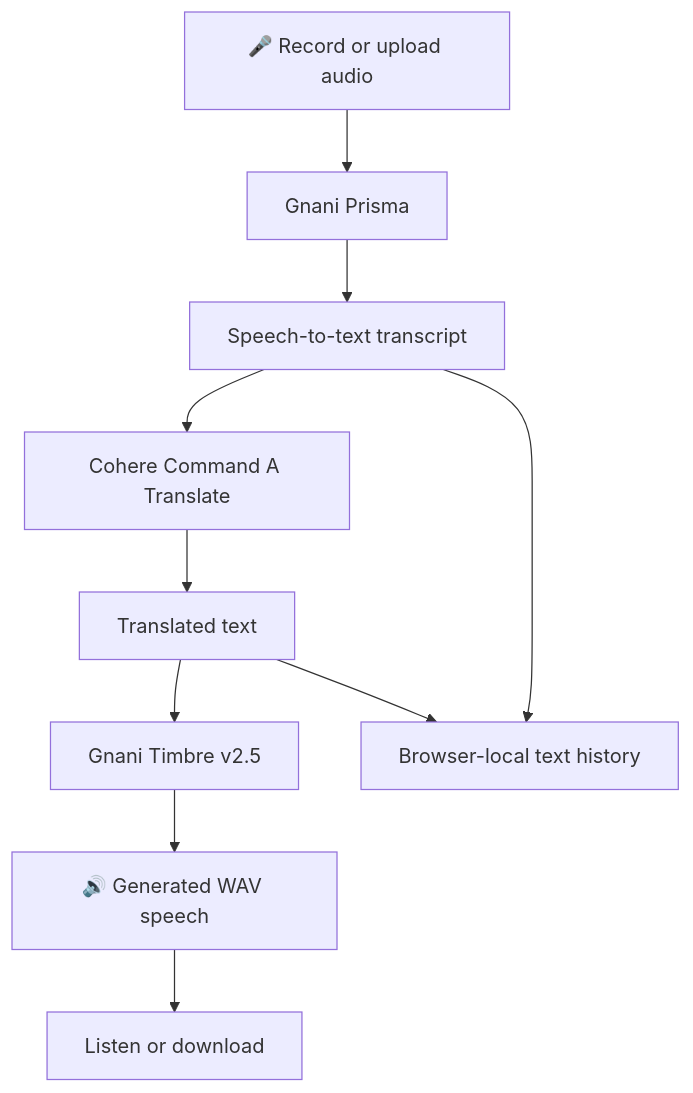
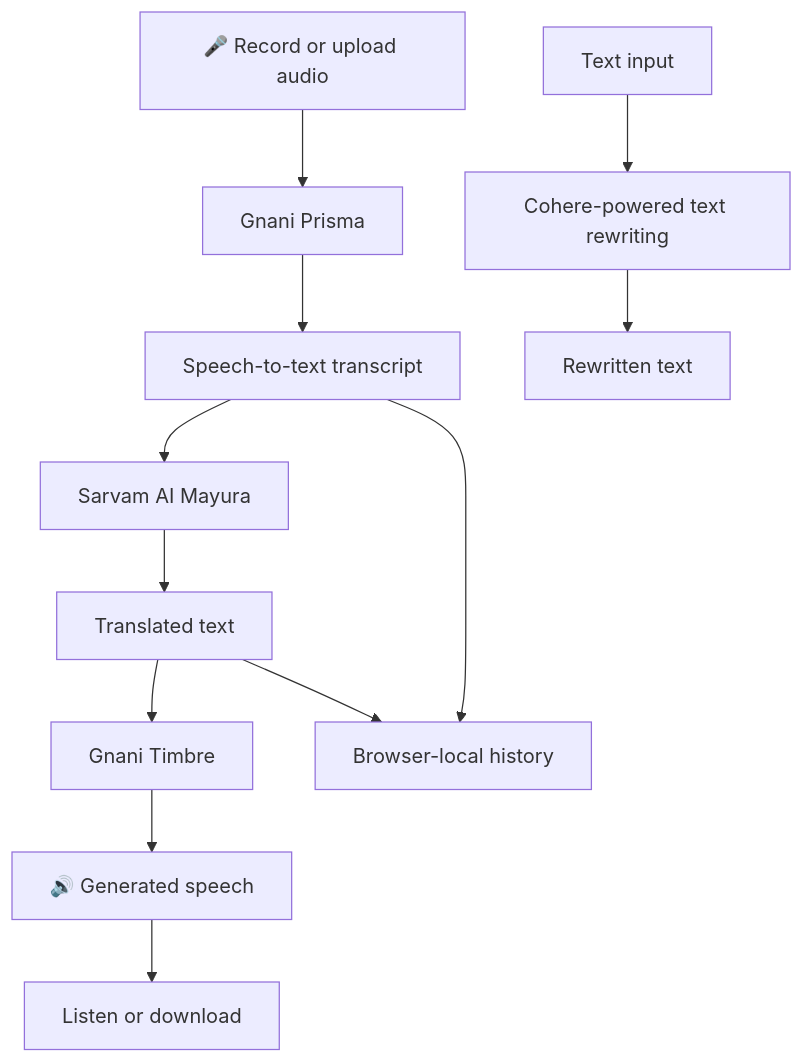
Before and after one commit to ManyaValecha/lingo-voice: the diagram in README.md, drawn with Mermaid. The commit also changed other lines of this file, not shown here.

````diff
--- a/README.md
+++ b/README.md
@@ -58,12 +75,16 @@
 ```mermaid
 flowchart TD
     A["🎤 Record or upload audio"] --> B["Gnani Prisma"]
     B --> C["Speech-to-text transcript"]
-    C --> D["Cohere Command A Translate"]
+    C --> D["Sarvam AI Mayura"]
     D --> E["Translated text"]
-    E --> F["Gnani Timbre v2.5"]
-    F --> G["🔊 Generated WAV speech"]
+    E --> F["Gnani Timbre"]
+    F --> G["🔊 Generated speech"]
     G --> H["Listen or download"]
-    C --> I["Browser-local text history"]
+
+    C --> I["Browser-local history"]
     E --> I
+
+    J["Text input"] --> K["Cohere-powered text rewriting"]
+    K --> L["Rewritten text"]
 ```
````
